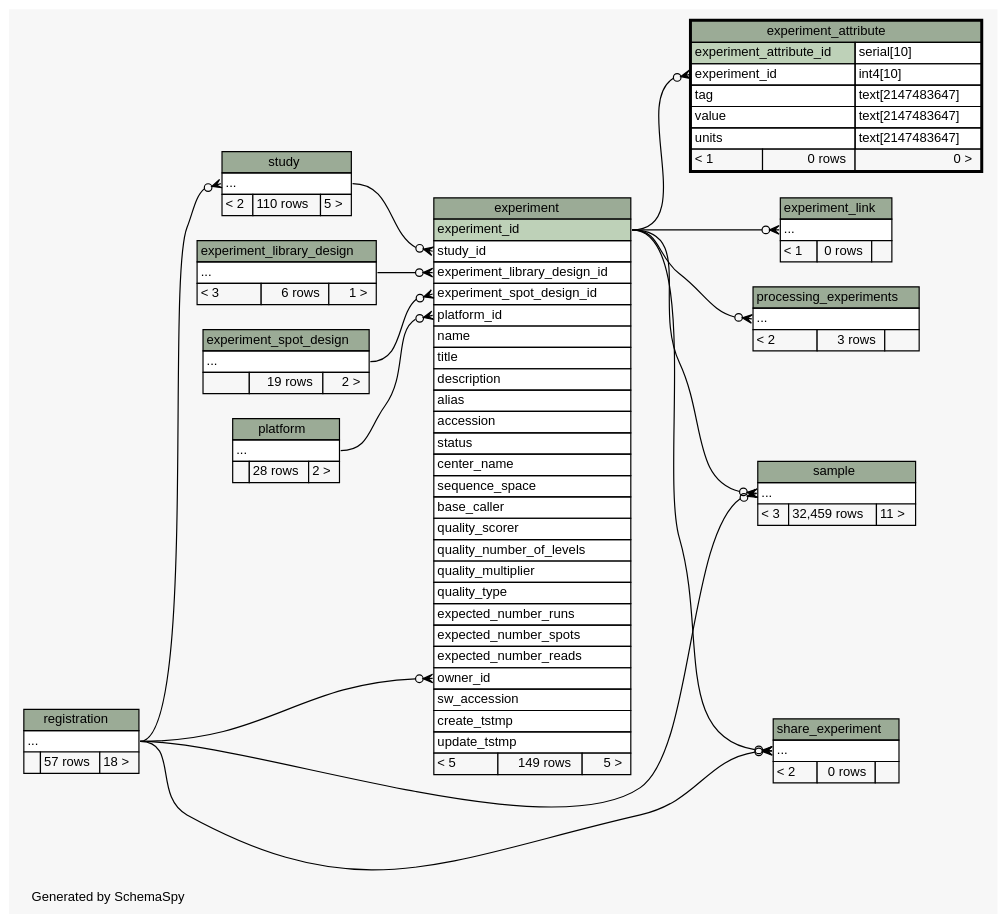
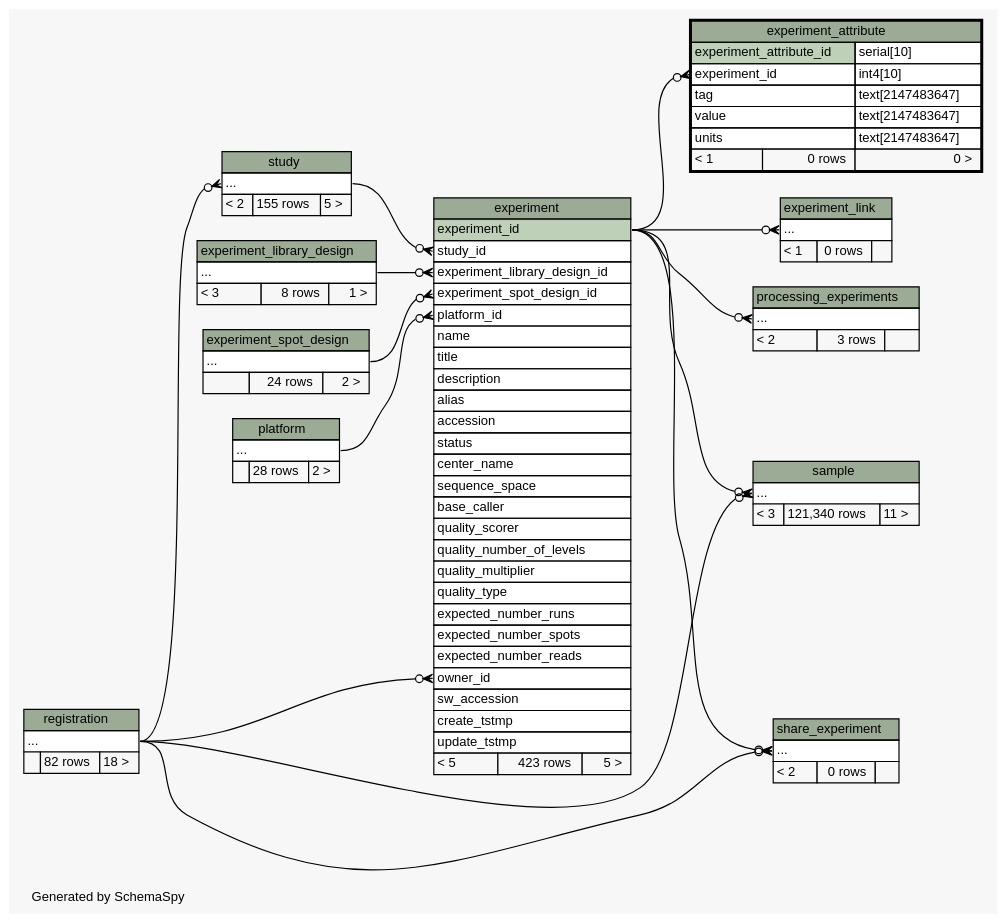
Before and after one commit to SeqWare/seqware.github.com: the diagram in metadb-schema/diagrams/experiment_attribute.2degrees.dot, drawn with Graphviz. The commit also changed 365 other files, not shown here.

Commit message:
Refresh dbschema docs

```diff
--- a/metadb-schema/diagrams/experiment_attribute.2degrees.dot
+++ b/metadb-schema/diagrams/experiment_attribute.2degrees.dot
@@ -1,173 +1,173 @@
-// dot 2.32.0 on Mac OS X 10.8.3
+// dot 2.26.3 on Linux 3.5.0-47-generic
 // SchemaSpy rev 590
 digraph "twoDegreesRelationshipsDiagram" {
   graph [
     rankdir="RL"
     bgcolor="#f7f7f7"
     label="\nGenerated by SchemaSpy"
     labeljust="l"
     nodesep="0.18"
     ranksep="0.46"
     fontname="Helvetica"
     fontsize="11"
   ];
   node [
     fontname="Helvetica"
     fontsize="11"
     shape="plaintext"
   ];
   edge [
     arrowsize="0.8"
   ];
   "experiment":"experiment_library_design_id":w -> "experiment_library_design":"elipses":e [arrowhead=none dir=back arrowtail=crowodot];
   "experiment":"experiment_spot_design_id":w -> "experiment_spot_design":"elipses":e [arrowhead=none dir=back arrowtail=crowodot];
   "experiment":"owner_id":w -> "registration":"elipses":e [arrowhead=none dir=back arrowtail=crowodot];
   "experiment":"platform_id":w -> "platform":"elipses":e [arrowhead=none dir=back arrowtail=crowodot];
   "experiment":"study_id":w -> "study":"elipses":e [arrowhead=none dir=back arrowtail=crowodot];
   "experiment_attribute":"experiment_id":w -> "experiment":"experiment_id":e [arrowhead=none dir=back arrowtail=crowodot];
   "experiment_link":"elipses":w -> "experiment":"experiment_id":e [arrowhead=none dir=back arrowtail=crowodot];
   "processing_experiments":"elipses":w -> "experiment":"experiment_id":e [arrowhead=none dir=back arrowtail=crowodot];
   "sample":"elipses":w -> "experiment":"experiment_id":e [arrowhead=none dir=back arrowtail=crowodot];
   "sample":"elipses":w -> "registration":"elipses":e [arrowhead=none dir=back arrowtail=crowodot];
   "share_experiment":"elipses":w -> "experiment":"experiment_id":e [arrowhead=none dir=back arrowtail=crowodot];
   "share_experiment":"elipses":w -> "registration":"elipses":e [arrowhead=none dir=back arrowtail=crowodot];
   "study":"elipses":w -> "registration":"elipses":e [arrowhead=none dir=back arrowtail=crowodot];
   "experiment" [
     label=<
     <TABLE BORDER="0" CELLBORDER="1" CELLSPACING="0" BGCOLOR="#ffffff">
       <TR><TD COLSPAN="3" BGCOLOR="#9bab96" ALIGN="CENTER">experiment</TD></TR>
       <TR><TD PORT="experiment_id" COLSPAN="3" BGCOLOR="#bed1b8" ALIGN="LEFT">experiment_id</TD></TR>
       <TR><TD PORT="study_id" COLSPAN="3" ALIGN="LEFT">study_id</TD></TR>
       <TR><TD PORT="experiment_library_design_id" COLSPAN="3" ALIGN="LEFT">experiment_library_design_id</TD></TR>
       <TR><TD PORT="experiment_spot_design_id" COLSPAN="3" ALIGN="LEFT">experiment_spot_design_id</TD></TR>
       <TR><TD PORT="platform_id" COLSPAN="3" ALIGN="LEFT">platform_id</TD></TR>
       <TR><TD PORT="name" COLSPAN="3" ALIGN="LEFT">name</TD></TR>
       <TR><TD PORT="title" COLSPAN="3" ALIGN="LEFT">title</TD></TR>
       <TR><TD PORT="description" COLSPAN="3" ALIGN="LEFT">description</TD></TR>
       <TR><TD PORT="alias" COLSPAN="3" ALIGN="LEFT">alias</TD></TR>
       <TR><TD PORT="accession" COLSPAN="3" ALIGN="LEFT">accession</TD></TR>
       <TR><TD PORT="status" COLSPAN="3" ALIGN="LEFT">status</TD></TR>
       <TR><TD PORT="center_name" COLSPAN="3" ALIGN="LEFT">center_name</TD></TR>
       <TR><TD PORT="sequence_space" COLSPAN="3" ALIGN="LEFT">sequence_space</TD></TR>
       <TR><TD PORT="base_caller" COLSPAN="3" ALIGN="LEFT">base_caller</TD></TR>
       <TR><TD PORT="quality_scorer" COLSPAN="3" ALIGN="LEFT">quality_scorer</TD></TR>
       <TR><TD PORT="quality_number_of_levels" COLSPAN="3" ALIGN="LEFT">quality_number_of_levels</TD></TR>
       <TR><TD PORT="quality_multiplier" COLSPAN="3" ALIGN="LEFT">quality_multiplier</TD></TR>
       <TR><TD PORT="quality_type" COLSPAN="3" ALIGN="LEFT">quality_type</TD></TR>
       <TR><TD PORT="expected_number_runs" COLSPAN="3" ALIGN="LEFT">expected_number_runs</TD></TR>
       <TR><TD PORT="expected_number_spots" COLSPAN="3" ALIGN="LEFT">expected_number_spots</TD></TR>
       <TR><TD PORT="expected_number_reads" COLSPAN="3" ALIGN="LEFT">expected_number_reads</TD></TR>
       <TR><TD PORT="owner_id" COLSPAN="3" ALIGN="LEFT">owner_id</TD></TR>
       <TR><TD PORT="sw_accession" COLSPAN="3" ALIGN="LEFT">sw_accession</TD></TR>
       <TR><TD PORT="create_tstmp" COLSPAN="3" ALIGN="LEFT">create_tstmp</TD></TR>
       <TR><TD PORT="update_tstmp" COLSPAN="3" ALIGN="LEFT">update_tstmp</TD></TR>
-      <TR><TD ALIGN="LEFT" BGCOLOR="#f7f7f7">&lt; 5</TD><TD ALIGN="RIGHT" BGCOLOR="#f7f7f7">149 rows</TD><TD ALIGN="RIGHT" BGCOLOR="#f7f7f7">5 &gt;</TD></TR>
+      <TR><TD ALIGN="LEFT" BGCOLOR="#f7f7f7">&lt; 5</TD><TD ALIGN="RIGHT" BGCOLOR="#f7f7f7">423 rows</TD><TD ALIGN="RIGHT" BGCOLOR="#f7f7f7">5 &gt;</TD></TR>
     </TABLE>>
     URL="experiment.html"
     tooltip="experiment"
   ];
   "experiment_attribute" [
     label=<
     <TABLE BORDER="2" CELLBORDER="1" CELLSPACING="0" BGCOLOR="#ffffff">
       <TR><TD COLSPAN="3" BGCOLOR="#9bab96" ALIGN="CENTER">experiment_attribute</TD></TR>
       <TR><TD PORT="experiment_attribute_id" COLSPAN="2" BGCOLOR="#bed1b8" ALIGN="LEFT">experiment_attribute_id</TD><TD PORT="experiment_attribute_id.type" ALIGN="LEFT">serial[10]</TD></TR>
       <TR><TD PORT="experiment_id" COLSPAN="2" ALIGN="LEFT">experiment_id</TD><TD PORT="experiment_id.type" ALIGN="LEFT">int4[10]</TD></TR>
       <TR><TD PORT="tag" COLSPAN="2" ALIGN="LEFT">tag</TD><TD PORT="tag.type" ALIGN="LEFT">text[2147483647]</TD></TR>
       <TR><TD PORT="value" COLSPAN="2" ALIGN="LEFT">value</TD><TD PORT="value.type" ALIGN="LEFT">text[2147483647]</TD></TR>
       <TR><TD PORT="units" COLSPAN="2" ALIGN="LEFT">units</TD><TD PORT="units.type" ALIGN="LEFT">text[2147483647]</TD></TR>
       <TR><TD ALIGN="LEFT" BGCOLOR="#f7f7f7">&lt; 1</TD><TD ALIGN="RIGHT" BGCOLOR="#f7f7f7">0 rows</TD><TD ALIGN="RIGHT" BGCOLOR="#f7f7f7">0 &gt;</TD></TR>
     </TABLE>>
     URL="experiment_attribute.html"
     tooltip="experiment_attribute"
   ];
   "experiment_library_design" [
     label=<
     <TABLE BORDER="0" CELLBORDER="1" CELLSPACING="0" BGCOLOR="#ffffff">
       <TR><TD COLSPAN="3" BGCOLOR="#9bab96" ALIGN="CENTER">experiment_library_design</TD></TR>
       <TR><TD PORT="elipses" COLSPAN="3" ALIGN="LEFT">...</TD></TR>
-      <TR><TD ALIGN="LEFT" BGCOLOR="#f7f7f7">&lt; 3</TD><TD ALIGN="RIGHT" BGCOLOR="#f7f7f7">6 rows</TD><TD ALIGN="RIGHT" BGCOLOR="#f7f7f7">1 &gt;</TD></TR>
+      <TR><TD ALIGN="LEFT" BGCOLOR="#f7f7f7">&lt; 3</TD><TD ALIGN="RIGHT" BGCOLOR="#f7f7f7">8 rows</TD><TD ALIGN="RIGHT" BGCOLOR="#f7f7f7">1 &gt;</TD></TR>
     </TABLE>>
     URL="experiment_library_design.html"
     tooltip="experiment_library_design"
   ];
   "experiment_link" [
     label=<
     <TABLE BORDER="0" CELLBORDER="1" CELLSPACING="0" BGCOLOR="#ffffff">
       <TR><TD COLSPAN="3" BGCOLOR="#9bab96" ALIGN="CENTER">experiment_link</TD></TR>
       <TR><TD PORT="elipses" COLSPAN="3" ALIGN="LEFT">...</TD></TR>
       <TR><TD ALIGN="LEFT" BGCOLOR="#f7f7f7">&lt; 1</TD><TD ALIGN="RIGHT" BGCOLOR="#f7f7f7">0 rows</TD><TD ALIGN="RIGHT" BGCOLOR="#f7f7f7">  </TD></TR>
     </TABLE>>
     URL="experiment_link.html"
     tooltip="experiment_link"
   ];
   "experiment_spot_design" [
     label=<
     <TABLE BORDER="0" CELLBORDER="1" CELLSPACING="0" BGCOLOR="#ffffff">
       <TR><TD COLSPAN="3" BGCOLOR="#9bab96" ALIGN="CENTER">experiment_spot_design</TD></TR>
       <TR><TD PORT="elipses" COLSPAN="3" ALIGN="LEFT">...</TD></TR>
-      <TR><TD ALIGN="LEFT" BGCOLOR="#f7f7f7">  </TD><TD ALIGN="RIGHT" BGCOLOR="#f7f7f7">19 rows</TD><TD ALIGN="RIGHT" BGCOLOR="#f7f7f7">2 &gt;</TD></TR>
+      <TR><TD ALIGN="LEFT" BGCOLOR="#f7f7f7">  </TD><TD ALIGN="RIGHT" BGCOLOR="#f7f7f7">24 rows</TD><TD ALIGN="RIGHT" BGCOLOR="#f7f7f7">2 &gt;</TD></TR>
     </TABLE>>
     URL="experiment_spot_design.html"
     tooltip="experiment_spot_design"
   ];
   "platform" [
     label=<
     <TABLE BORDER="0" CELLBORDER="1" CELLSPACING="0" BGCOLOR="#ffffff">
       <TR><TD COLSPAN="3" BGCOLOR="#9bab96" ALIGN="CENTER">platform</TD></TR>
       <TR><TD PORT="elipses" COLSPAN="3" ALIGN="LEFT">...</TD></TR>
       <TR><TD ALIGN="LEFT" BGCOLOR="#f7f7f7">  </TD><TD ALIGN="RIGHT" BGCOLOR="#f7f7f7">28 rows</TD><TD ALIGN="RIGHT" BGCOLOR="#f7f7f7">2 &gt;</TD></TR>
     </TABLE>>
     URL="platform.html"
     tooltip="platform"
   ];
   "processing_experiments" [
     label=<
     <TABLE BORDER="0" CELLBORDER="1" CELLSPACING="0" BGCOLOR="#ffffff">
       <TR><TD COLSPAN="3" BGCOLOR="#9bab96" ALIGN="CENTER">processing_experiments</TD></TR>
       <TR><TD PORT="elipses" COLSPAN="3" ALIGN="LEFT">...</TD></TR>
       <TR><TD ALIGN="LEFT" BGCOLOR="#f7f7f7">&lt; 2</TD><TD ALIGN="RIGHT" BGCOLOR="#f7f7f7">3 rows</TD><TD ALIGN="RIGHT" BGCOLOR="#f7f7f7">  </TD></TR>
     </TABLE>>
     URL="processing_experiments.html"
     tooltip="processing_experiments"
   ];
   "registration" [
     label=<
     <TABLE BORDER="0" CELLBORDER="1" CELLSPACING="0" BGCOLOR="#ffffff">
       <TR><TD COLSPAN="3" BGCOLOR="#9bab96" ALIGN="CENTER">registration</TD></TR>
       <TR><TD PORT="elipses" COLSPAN="3" ALIGN="LEFT">...</TD></TR>
-      <TR><TD ALIGN="LEFT" BGCOLOR="#f7f7f7">  </TD><TD ALIGN="RIGHT" BGCOLOR="#f7f7f7">57 rows</TD><TD ALIGN="RIGHT" BGCOLOR="#f7f7f7">18 &gt;</TD></TR>
+      <TR><TD ALIGN="LEFT" BGCOLOR="#f7f7f7">  </TD><TD ALIGN="RIGHT" BGCOLOR="#f7f7f7">82 rows</TD><TD ALIGN="RIGHT" BGCOLOR="#f7f7f7">18 &gt;</TD></TR>
     </TABLE>>
     URL="registration.html"
     tooltip="registration"
   ];
   "sample" [
     label=<
     <TABLE BORDER="0" CELLBORDER="1" CELLSPACING="0" BGCOLOR="#ffffff">
       <TR><TD COLSPAN="3" BGCOLOR="#9bab96" ALIGN="CENTER">sample</TD></TR>
       <TR><TD PORT="elipses" COLSPAN="3" ALIGN="LEFT">...</TD></TR>
-      <TR><TD ALIGN="LEFT" BGCOLOR="#f7f7f7">&lt; 3</TD><TD ALIGN="RIGHT" BGCOLOR="#f7f7f7">32,459 rows</TD><TD ALIGN="RIGHT" BGCOLOR="#f7f7f7">11 &gt;</TD></TR>
+      <TR><TD ALIGN="LEFT" BGCOLOR="#f7f7f7">&lt; 3</TD><TD ALIGN="RIGHT" BGCOLOR="#f7f7f7">121,340 rows</TD><TD ALIGN="RIGHT" BGCOLOR="#f7f7f7">11 &gt;</TD></TR>
     </TABLE>>
     URL="sample.html"
     tooltip="sample"
   ];
   "share_experiment" [
     label=<
     <TABLE BORDER="0" CELLBORDER="1" CELLSPACING="0" BGCOLOR="#ffffff">
       <TR><TD COLSPAN="3" BGCOLOR="#9bab96" ALIGN="CENTER">share_experiment</TD></TR>
       <TR><TD PORT="elipses" COLSPAN="3" ALIGN="LEFT">...</TD></TR>
       <TR><TD ALIGN="LEFT" BGCOLOR="#f7f7f7">&lt; 2</TD><TD ALIGN="RIGHT" BGCOLOR="#f7f7f7">0 rows</TD><TD ALIGN="RIGHT" BGCOLOR="#f7f7f7">  </TD></TR>
     </TABLE>>
     URL="share_experiment.html"
     tooltip="share_experiment"
   ];
   "study" [
     label=<
     <TABLE BORDER="0" CELLBORDER="1" CELLSPACING="0" BGCOLOR="#ffffff">
       <TR><TD COLSPAN="3" BGCOLOR="#9bab96" ALIGN="CENTER">study</TD></TR>
       <TR><TD PORT="elipses" COLSPAN="3" ALIGN="LEFT">...</TD></TR>
-      <TR><TD ALIGN="LEFT" BGCOLOR="#f7f7f7">&lt; 2</TD><TD ALIGN="RIGHT" BGCOLOR="#f7f7f7">110 rows</TD><TD ALIGN="RIGHT" BGCOLOR="#f7f7f7">5 &gt;</TD></TR>
+      <TR><TD ALIGN="LEFT" BGCOLOR="#f7f7f7">&lt; 2</TD><TD ALIGN="RIGHT" BGCOLOR="#f7f7f7">155 rows</TD><TD ALIGN="RIGHT" BGCOLOR="#f7f7f7">5 &gt;</TD></TR>
     </TABLE>>
     URL="study.html"
     tooltip="study"
   ];
 }
```
